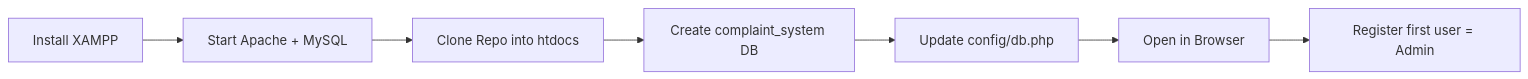
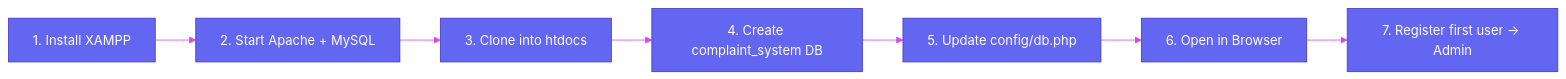
Before and after one commit to jagratsati45/complaint_system_project: the fourth of 4 diagrams in README.md, drawn with Mermaid. The commit also changed other lines of this file, not shown here.

````diff
--- a/README.md
+++ b/README.md
@@ -271,9 +343,10 @@
 ```mermaid
+%%{init: {'theme':'base','themeVariables':{'primaryColor':'#6366F1','primaryTextColor':'#fff','primaryBorderColor':'#4338CA','lineColor':'#D946EF'}}}%%
 flowchart LR
-  A[Install XAMPP] --> B[Start Apache + MySQL]
-  B --> C[Clone Repo into htdocs]
-  C --> D[Create complaint_system DB]
-  D --> E[Update config/db.php]
-  E --> F[Open in Browser]
-  F --> G[Register first user = Admin]
+  A[1. Install XAMPP] --> B[2. Start Apache + MySQL]
+  B --> C[3. Clone into htdocs]
+  C --> D[4. Create complaint_system DB]
+  D --> E[5. Update config/db.php]
+  E --> F[6. Open in Browser]
+  F --> G[7. Register first user → Admin]
 ```
````
